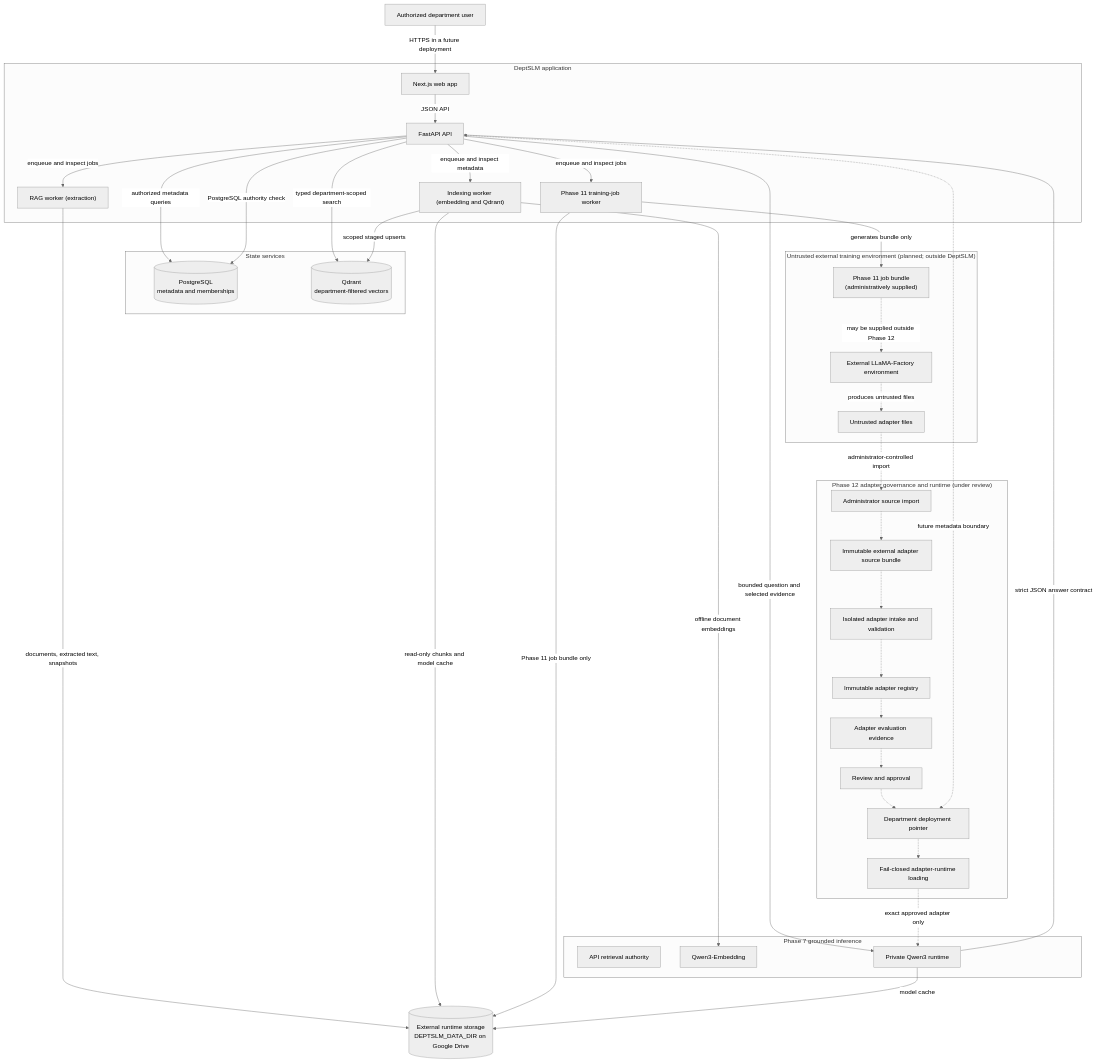
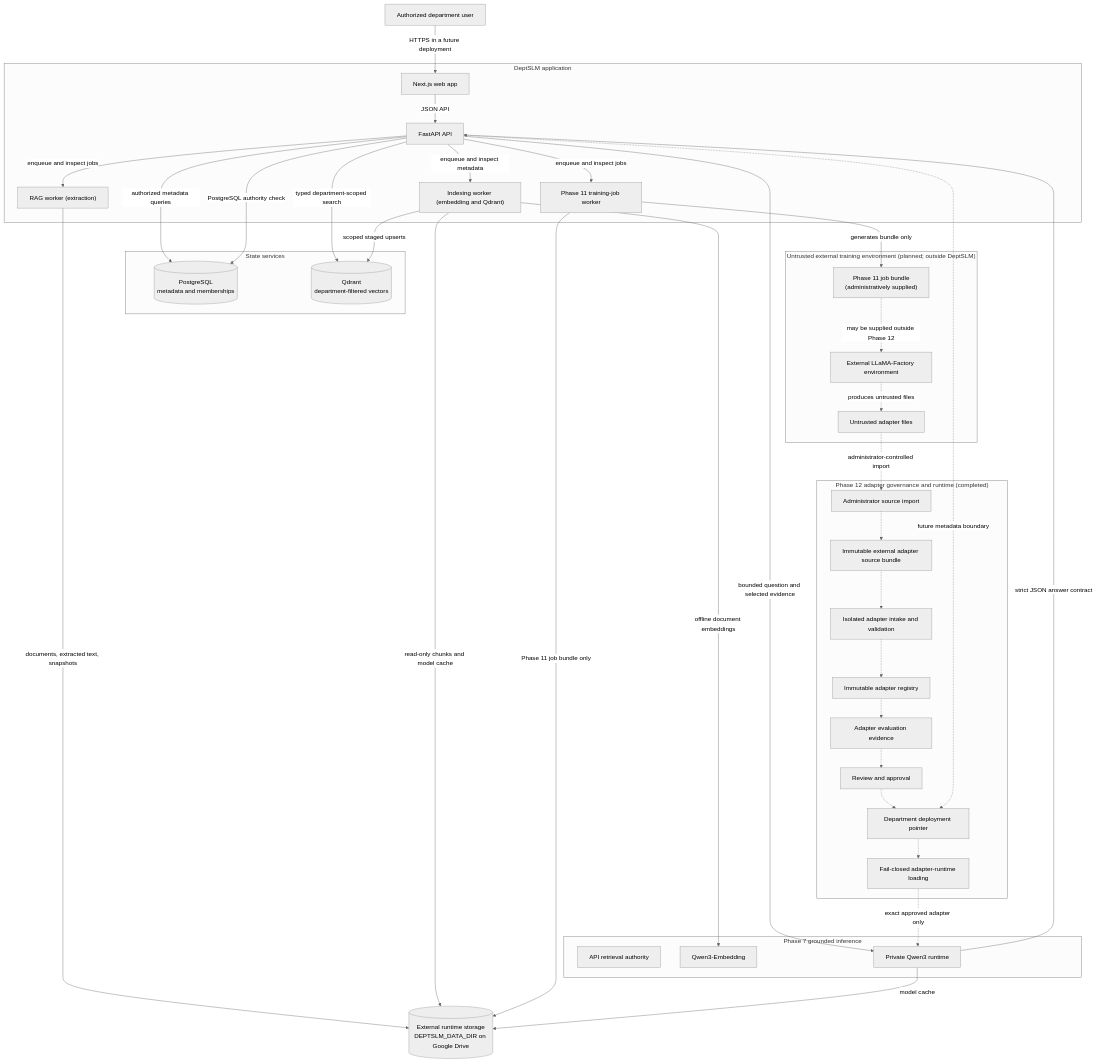
The diagram in docs/architecture.md (Easonsusu/DeptSLM), drawn with Mermaid (neutral theme) before and after one commit. The commit also changed other lines of this file and 31 other files, not shown here.

````diff
--- a/docs/architecture.md
+++ b/docs/architecture.md
@@ -13,72 +13,72 @@
 ```mermaid
 flowchart TB
     User["Authorized department user"]
 
     subgraph App["DeptSLM application"]
         Web["Next.js web app"]
         API["FastAPI API"]
         RAG["RAG worker (extraction)"]
         Index["Indexing worker (embedding and Qdrant)"]
         Train["Phase 11 training-job worker"]
     end
 
     subgraph Data["State services"]
         PG[("PostgreSQL\nmetadata and memberships")]
         QD[("Qdrant\ndepartment-filtered vectors")]
     end
 
     subgraph RAGStack["Phase 7 grounded inference"]
         Retrieve["API retrieval authority"]
         Embed["Qwen3-Embedding"]
         Runtime["Private Qwen3 runtime"]
     end
 
     subgraph ExternalTraining["Untrusted external training environment (planned; outside DeptSLM)"]
         JobBundle["Phase 11 job bundle\n(administratively supplied)"]
         Factory["External LLaMA-Factory environment"]
         ExternalAdapter["Untrusted adapter files"]
     end
 
-    subgraph AdapterBoundary["Phase 12 adapter governance and runtime (under review)"]
+    subgraph AdapterBoundary["Phase 12 adapter governance and runtime (completed)"]
         SourceImport["Administrator source import"]
         ImportBundle["Immutable external adapter source bundle"]
         Intake["Isolated adapter intake and validation"]
         Registry["Immutable adapter registry"]
         Evidence["Adapter evaluation evidence"]
         Review["Review and approval"]
         Deployment["Department deployment pointer"]
         Load["Fail-closed adapter-runtime loading"]
     end
 
     Drive[("External runtime storage\nDEPTSLM_DATA_DIR on Google Drive")]
 
     User -->|"HTTPS in a future deployment"| Web
     Web -->|"JSON API"| API
     API -->|"authorized metadata queries"| PG
     API -->|"enqueue and inspect jobs"| RAG
     API -->|"enqueue and inspect metadata"| Index
     API -->|"enqueue and inspect jobs"| Train
     API -->|"typed department-scoped search"| QD
     API -->|"PostgreSQL authority check"| PG
     API -->|"bounded question and selected evidence"| Runtime
     Index -->|"offline document embeddings"| Embed
     Index -->|"scoped staged upserts"| QD
     Runtime -->|"strict JSON answer contract"| API
     Train -->|"generates bundle only"| JobBundle
     JobBundle -.->|"may be supplied outside Phase 12"| Factory
     Factory -.->|"produces untrusted files"| ExternalAdapter
     ExternalAdapter -.->|"administrator-controlled import"| SourceImport
     SourceImport -.-> ImportBundle
     ImportBundle -.-> Intake
     Intake -.-> Registry
     Registry -.-> Evidence
     Evidence -.-> Review
     Review -.-> Deployment
     Deployment -.-> Load
     Load -.->|"exact approved adapter only"| Runtime
     API -.->|"future metadata boundary"| Deployment
     RAG -->|"documents, extracted text, snapshots"| Drive
     Index -->|"read-only chunks and model cache"| Drive
     Train -->|"Phase 11 job bundle only"| Drive
     Runtime -->|"model cache"| Drive
 ```
````
